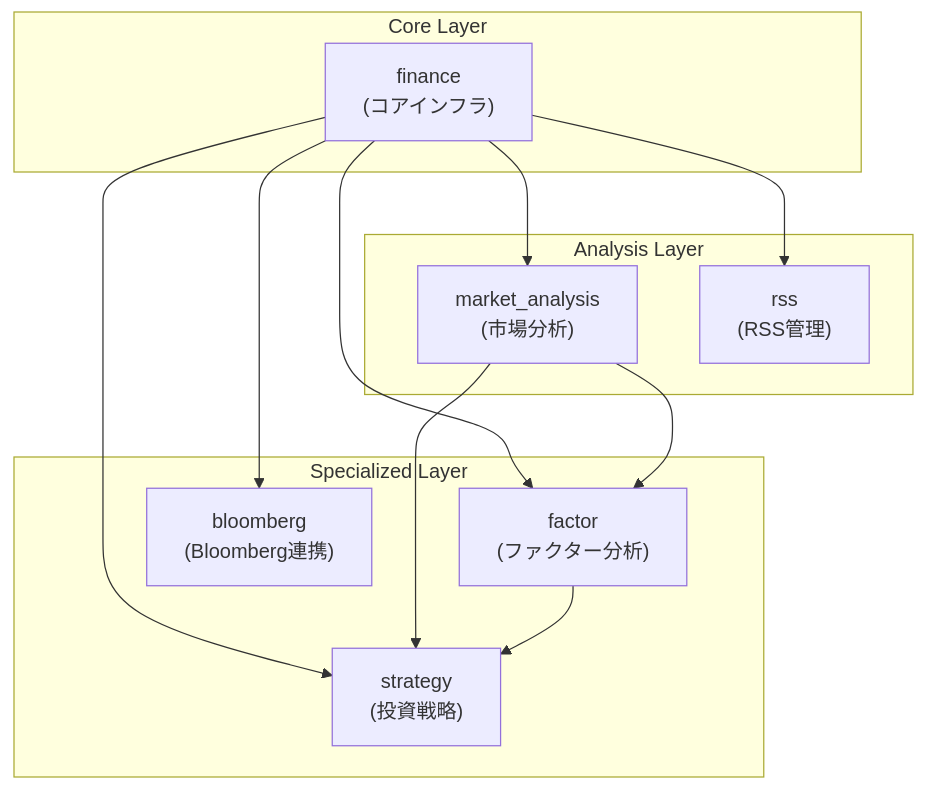
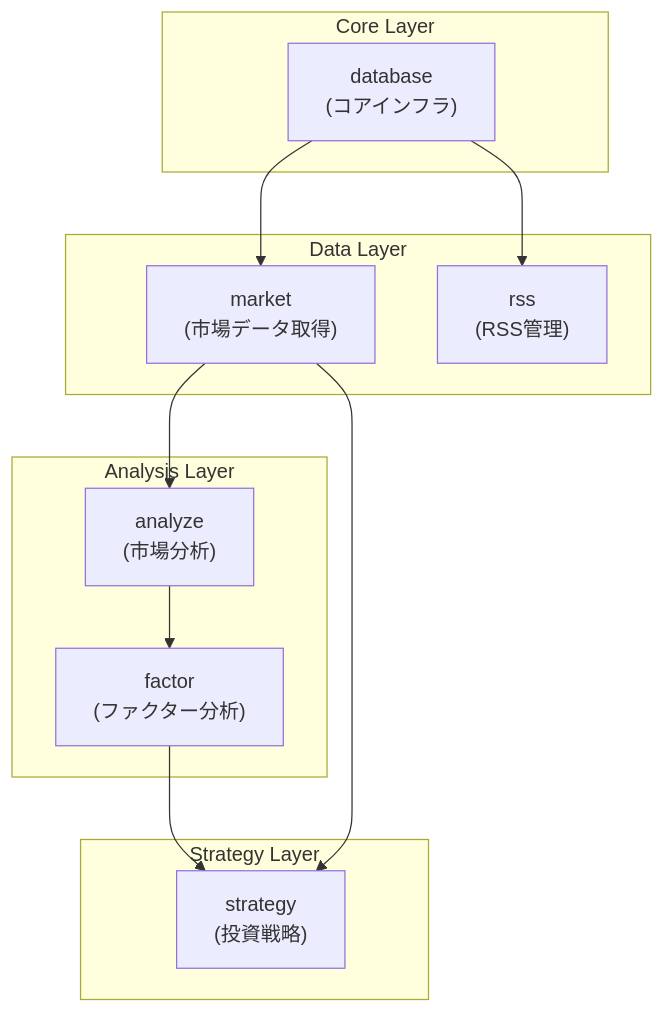
The first of 4 diagrams in README.md (YH-05/finance), drawn with Mermaid before and after one commit. The commit also changed other lines of this file and 9 other files, not shown here.

````diff
--- a/README.md
+++ b/README.md
@@ -257,26 +262,27 @@
 ```mermaid
 graph TB
     subgraph "Core Layer"
-        finance["finance<br/>(コアインフラ)"]
+        database["database<br/>(コアインフラ)"]
+    end
+
+    subgraph "Data Layer"
+        market["market<br/>(市場データ取得)"]
+        rss["rss<br/>(RSS管理)"]
     end
 
     subgraph "Analysis Layer"
-        market_analysis["market_analysis<br/>(市場分析)"]
-        rss["rss<br/>(RSS管理)"]
+        analyze["analyze<br/>(市場分析)"]
+        factor["factor<br/>(ファクター分析)"]
     end
 
-    subgraph "Specialized Layer"
-        factor["factor<br/>(ファクター分析)"]
+    subgraph "Strategy Layer"
         strategy["strategy<br/>(投資戦略)"]
-        bloomberg["bloomberg<br/>(Bloomberg連携)"]
     end
 
-    finance --> market_analysis
-    finance --> rss
-    finance --> bloomberg
-    market_analysis --> factor
-    finance --> factor
+    database --> market
+    database --> rss
+    market --> analyze
+    analyze --> factor
     factor --> strategy
-    market_analysis --> strategy
-    finance --> strategy
+    market --> strategy
 ```
````
